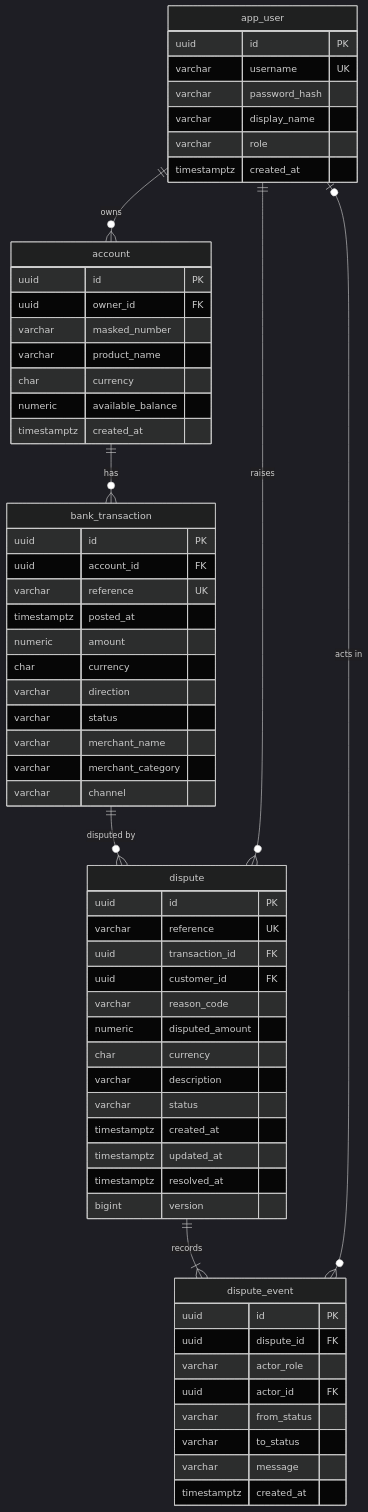
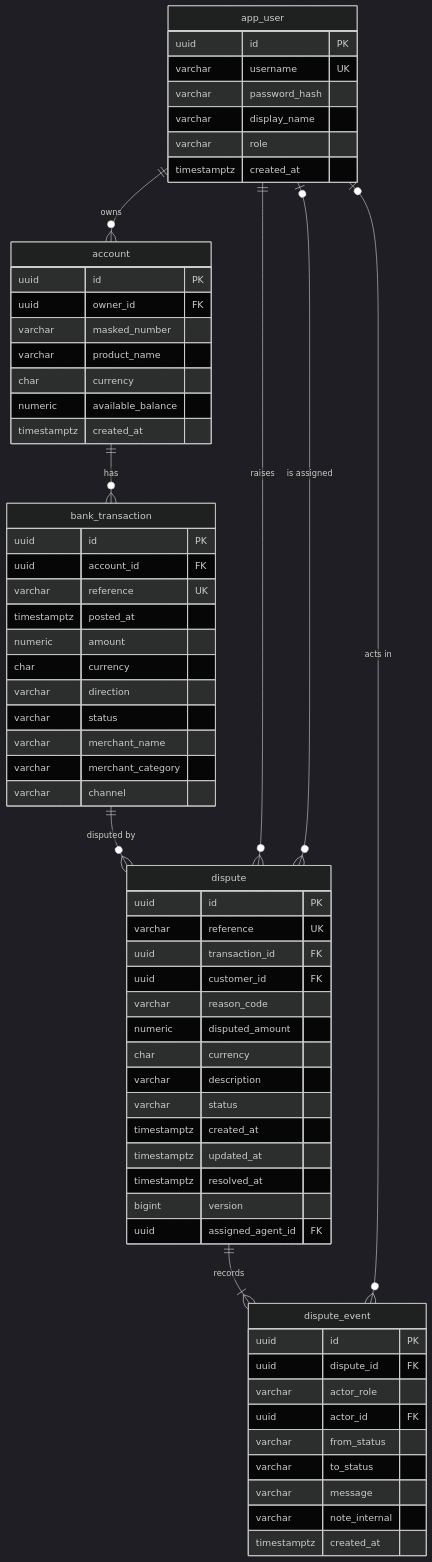
Before and after one commit to clyde-homu/transactions-dispute-portal: the second of 2 diagrams in docs/domain.md, drawn with Mermaid (dark theme). The commit also changed other lines of this file and 4 other files, not shown here.

````diff
--- a/docs/domain.md
+++ b/docs/domain.md
@@ -221,65 +267,68 @@
 ```mermaid
 erDiagram
     app_user ||--o{ account : owns
     account ||--o{ bank_transaction : has
     bank_transaction ||--o{ dispute : "disputed by"
     app_user ||--o{ dispute : raises
+    app_user |o--o{ dispute : "is assigned"
     dispute ||--|{ dispute_event : records
     app_user |o--o{ dispute_event : "acts in"
 
     app_user {
         uuid id PK
         varchar username UK
         varchar password_hash
         varchar display_name
         varchar role
         timestamptz created_at
     }
     account {
         uuid id PK
         uuid owner_id FK
         varchar masked_number
         varchar product_name
         char currency
         numeric available_balance
         timestamptz created_at
     }
     bank_transaction {
         uuid id PK
         uuid account_id FK
         varchar reference UK
         timestamptz posted_at
         numeric amount
         char currency
         varchar direction
         varchar status
         varchar merchant_name
         varchar merchant_category
         varchar channel
     }
     dispute {
         uuid id PK
         varchar reference UK
         uuid transaction_id FK
         uuid customer_id FK
         varchar reason_code
         numeric disputed_amount
         char currency
         varchar description
         varchar status
         timestamptz created_at
         timestamptz updated_at
         timestamptz resolved_at
         bigint version
+        uuid assigned_agent_id FK
     }
     dispute_event {
         uuid id PK
         uuid dispute_id FK
         varchar actor_role
         uuid actor_id FK
         varchar from_status
         varchar to_status
         varchar message
+        varchar note_internal
         timestamptz created_at
     }
 ```
````
